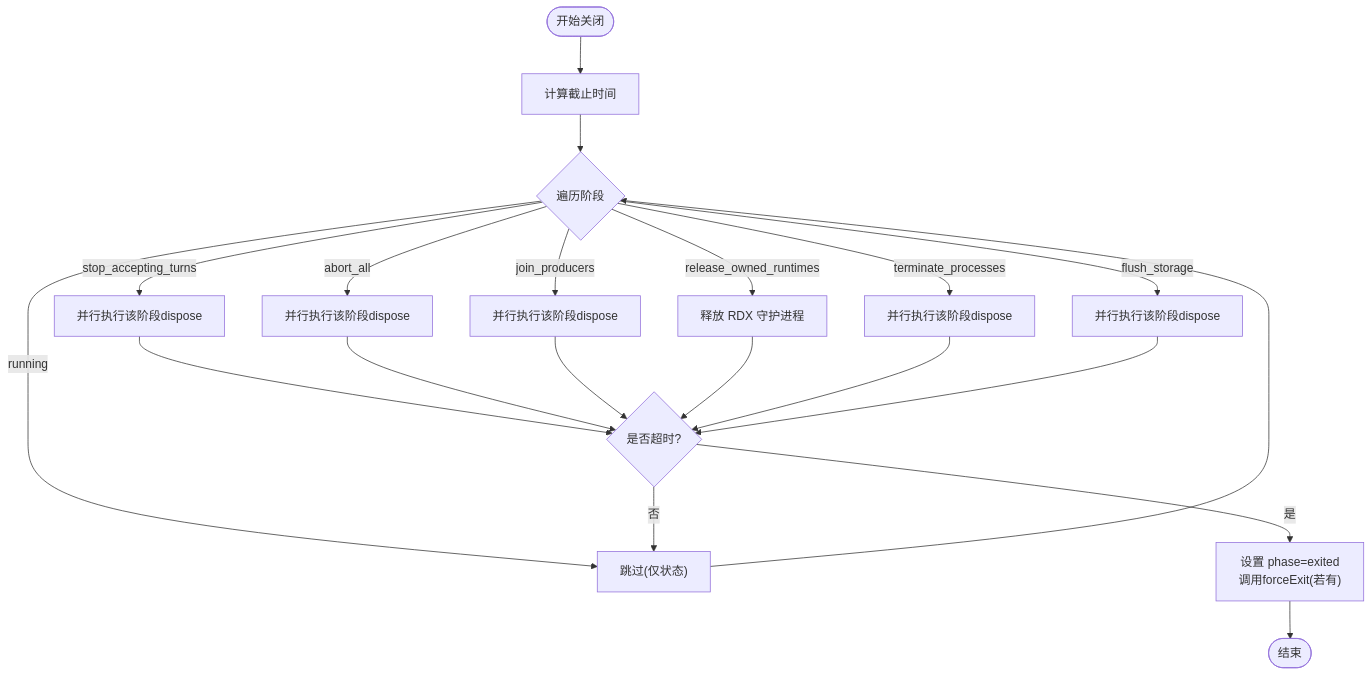
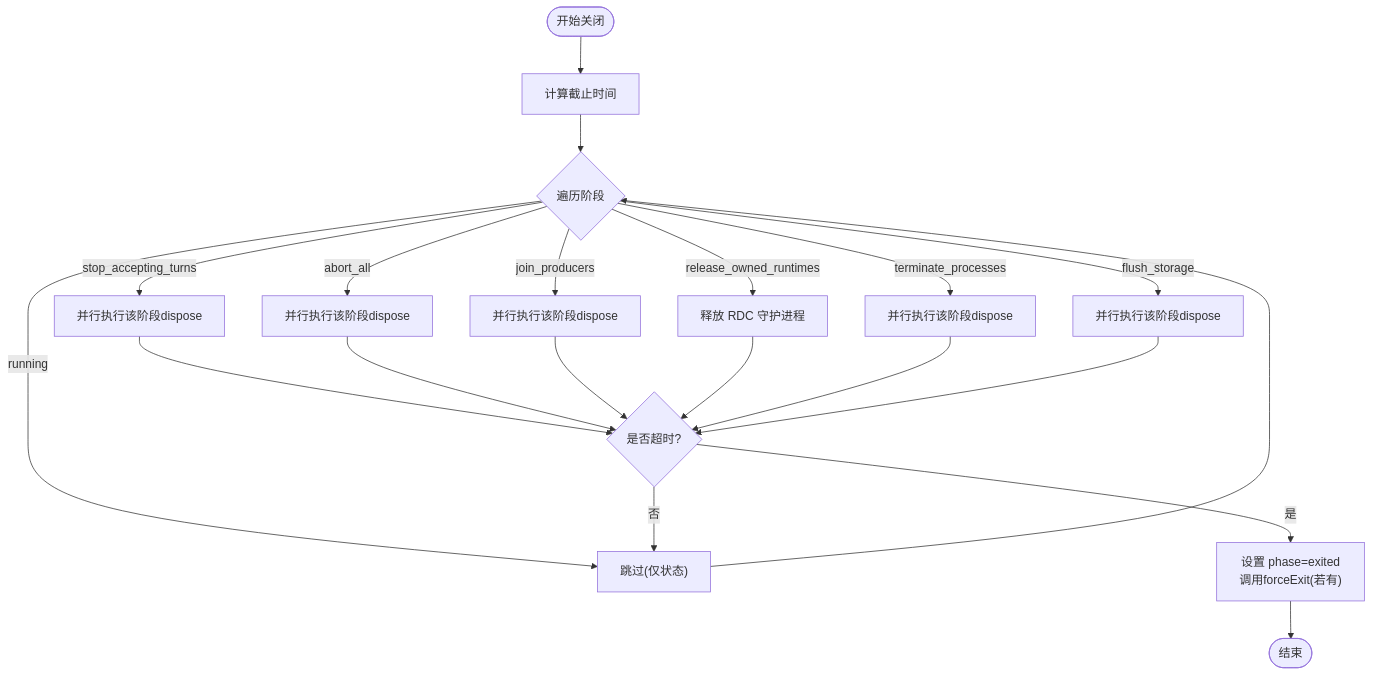
Before and after one commit to haolange/RDC-Agent: the third of 8 diagrams in .qoder/repowiki/zh/content/架构设计/主进程架构/生命周期管理.md, drawn with Mermaid. The commit also changed other lines of this file and 557 other files, not shown here.

````diff
--- a/.qoder/repowiki/zh/content/架构设计/主进程架构/生命周期管理.md
+++ b/.qoder/repowiki/zh/content/架构设计/主进程架构/生命周期管理.md
@@ -146,22 +146,22 @@
 ```mermaid
 flowchart TD
 Start(["开始关闭"]) --> SetDeadline["计算截止时间"]
 SetDeadline --> ForEachPhase{"遍历阶段"}
 ForEachPhase --> |running| Next["跳过(仅状态)"]
 ForEachPhase --> |stop_accepting_turns| RunStop["并行执行该阶段dispose"]
 ForEachPhase --> |abort_all| RunAbort["并行执行该阶段dispose"]
 ForEachPhase --> |join_producers| RunJoin["并行执行该阶段dispose"]
-ForEachPhase --> |release_owned_runtimes| RunRelease["释放 RDX 守护进程"]
+ForEachPhase --> |release_owned_runtimes| RunRelease["释放 RDC 守护进程"]
 ForEachPhase --> |terminate_processes| RunTerm["并行执行该阶段dispose"]
 ForEachPhase --> |flush_storage| RunFlush["并行执行该阶段dispose"]
 RunStop --> CheckTime{"是否超时?"}
 RunAbort --> CheckTime
 RunJoin --> CheckTime
 RunRelease --> CheckTime
 RunTerm --> CheckTime
 RunFlush --> CheckTime
 CheckTime --> |否| Next
 CheckTime --> |是| ForceExit["设置 phase=exited<br/>调用forceExit(若有)"]
 Next --> ForEachPhase
 ForceExit --> End(["结束"])
 ```
````
